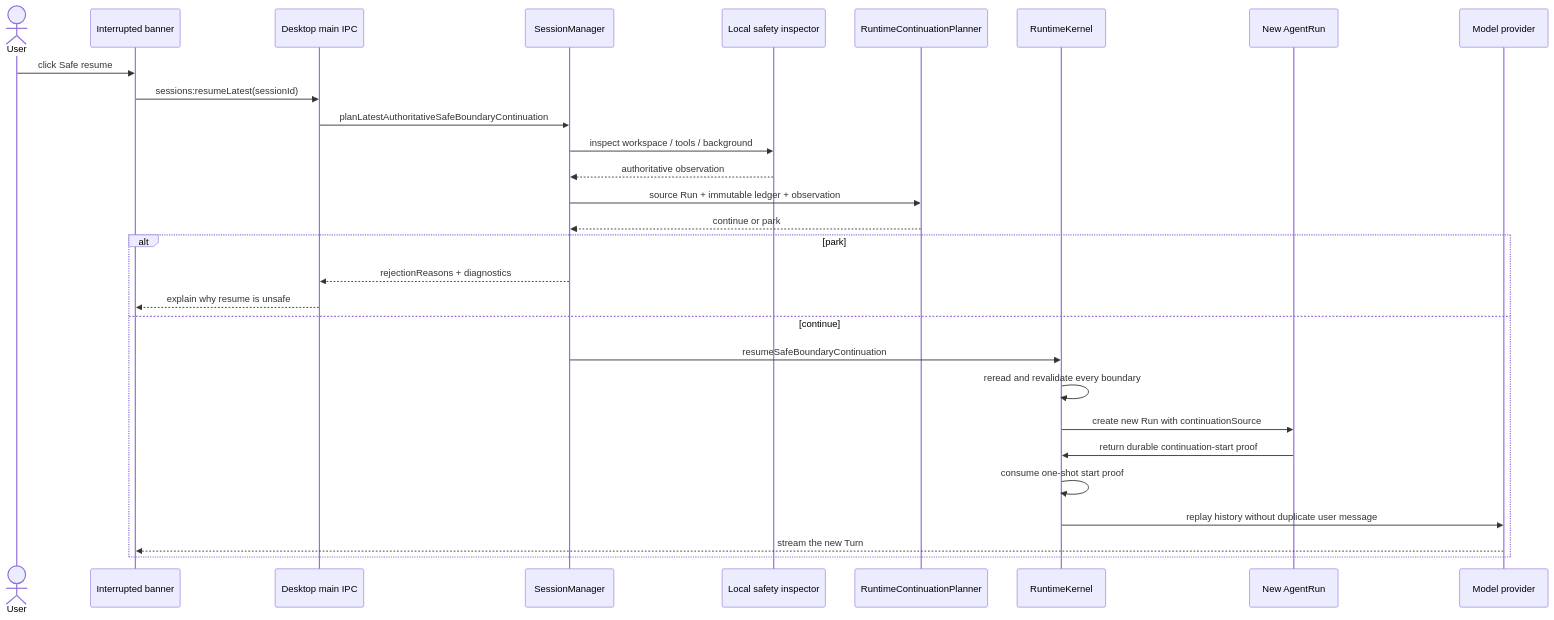
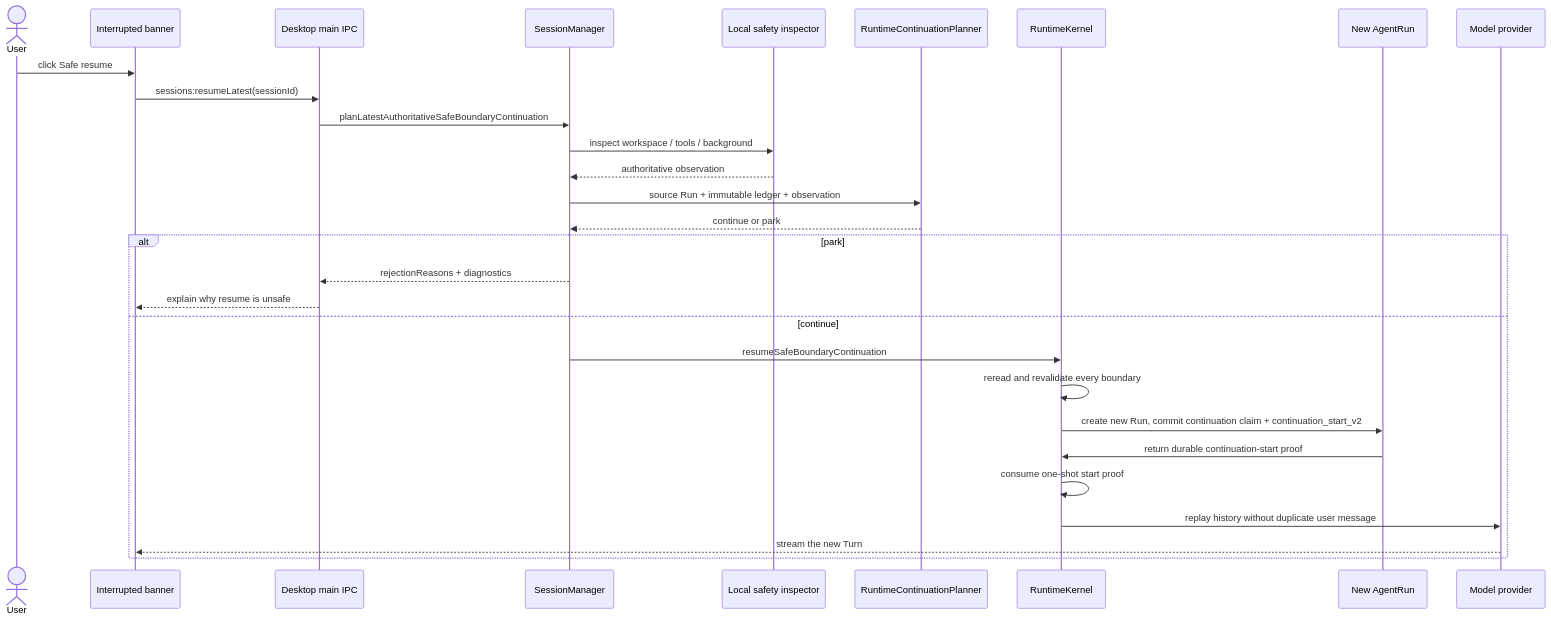
One commit to apache/maka changed the seventh of 13 diagrams in docs/architecture/runtime-resume-architecture.md. Above: the diagram before and after it, drawn with Mermaid. The commit also changed other lines of this file and 6 other files, not shown here.

First line of the commit message:
docs(architecture): verify the recovery and resume docs against main (#3522) (#6038)

````diff
--- a/docs/architecture/runtime-resume-architecture.md
+++ b/docs/architecture/runtime-resume-architecture.md
@@ -458,33 +460,32 @@
 ```mermaid
 sequenceDiagram
   actor User as User
   participant UI as Interrupted banner
   participant IPC as Desktop main IPC
   participant SM as SessionManager
   participant Inspector as Local safety inspector
   participant Planner as RuntimeContinuationPlanner
   participant Kernel as RuntimeKernel
   participant Run as New AgentRun
-  participant Kernel as RuntimeKernel
   participant Provider as Model provider
 
   User->>UI: click Safe resume
   UI->>IPC: sessions:resumeLatest(sessionId)
   IPC->>SM: planLatestAuthoritativeSafeBoundaryContinuation
   SM->>Inspector: inspect workspace / tools / background
   Inspector-->>SM: authoritative observation
   SM->>Planner: source Run + immutable ledger + observation
   Planner-->>SM: continue or park
   alt park
     SM-->>IPC: rejectionReasons + diagnostics
     IPC-->>UI: explain why resume is unsafe
   else continue
     SM->>Kernel: resumeSafeBoundaryContinuation
     Kernel->>Kernel: reread and revalidate every boundary
-    Kernel->>Run: create new Run with continuationSource
+    Kernel->>Run: create new Run, commit continuation claim + continuation_start_v2
     Run->>Kernel: return durable continuation-start proof
     Kernel->>Kernel: consume one-shot start proof
     Kernel->>Provider: replay history without duplicate user message
     Provider-->>UI: stream the new Turn
   end
 ```
````
